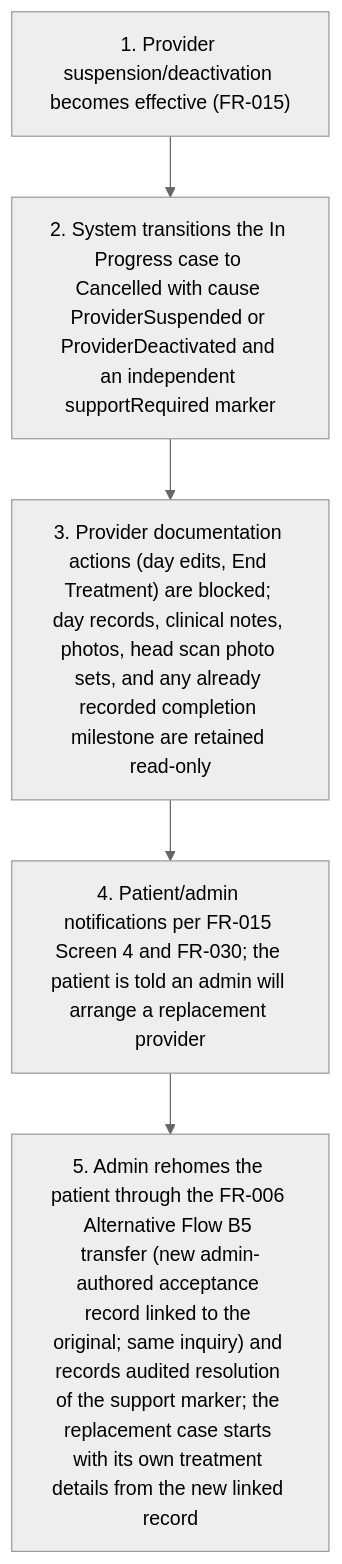
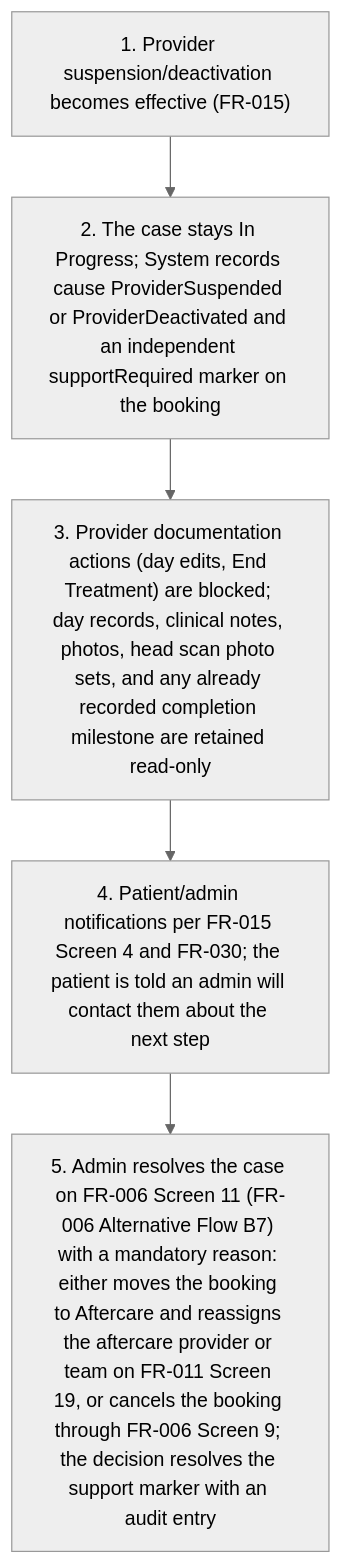
The eighth of 9 diagrams in project-requirements/functional-requirements/fr010-treatment-execution/prd.md (joachimtrungtuan/hairline-pm-docs), drawn with Mermaid (neutral theme) before and after one commit. The commit also changed other lines of this file and 13 other files, not shown here.

First line of the commit message:
docs(booking): add admin intervention flows and screens across booking FRs

````diff
--- a/project-requirements/functional-requirements/fr010-treatment-execution/prd.md
+++ b/project-requirements/functional-requirements/fr010-treatment-execution/prd.md
@@ -227,8 +227,8 @@
 ```mermaid
 flowchart TD
   B5S1["1. Provider suspension/deactivation becomes effective (FR-015)"] --> B5S2
-  B5S2["2. System transitions the In Progress case to Cancelled with cause ProviderSuspended or ProviderDeactivated and an independent supportRequired marker"] --> B5S3
+  B5S2["2. The case stays In Progress; System records cause ProviderSuspended or ProviderDeactivated and an independent supportRequired marker on the booking"] --> B5S3
   B5S3["3. Provider documentation actions (day edits, End Treatment) are blocked; day records, clinical notes, photos, head scan photo sets, and any already recorded completion milestone are retained read-only"] --> B5S4
-  B5S4["4. Patient/admin notifications per FR-015 Screen 4 and FR-030; the patient is told an admin will arrange a replacement provider"] --> B5S5
-  B5S5["5. Admin rehomes the patient through the FR-006 Alternative Flow B5 transfer (new admin-authored acceptance record linked to the original; same inquiry) and records audited resolution of the support marker; the replacement case starts with its own treatment details from the new linked record"]
+  B5S4["4. Patient/admin notifications per FR-015 Screen 4 and FR-030; the patient is told an admin will contact them about the next step"] --> B5S5
+  B5S5["5. Admin resolves the case on FR-006 Screen 11 (FR-006 Alternative Flow B7) with a mandatory reason: either moves the booking to Aftercare and reassigns the aftercare provider or team on FR-011 Screen 19, or cancels the booking through FR-006 Screen 9; the decision resolves the support marker with an audit entry"]
 ```
````
